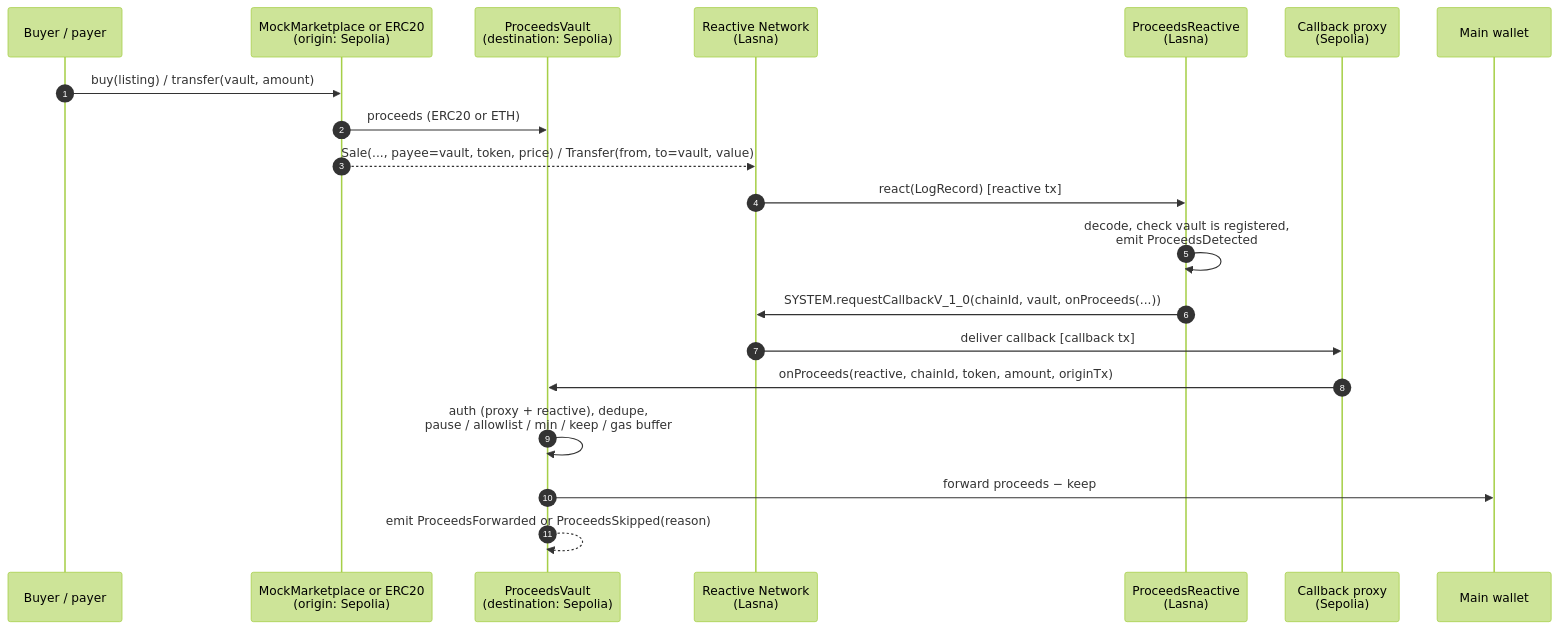
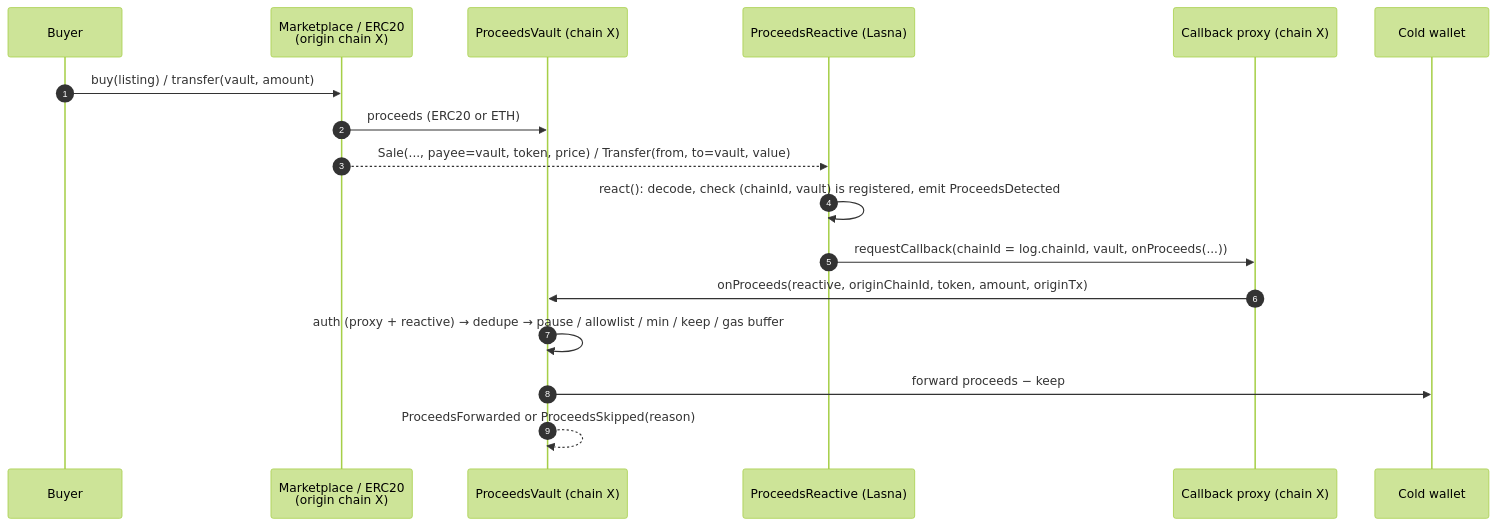
One commit to gmlokie/proceeds-auto-forward changed the second of 2 diagrams in README.md. Above: the diagram before and after it, drawn with Mermaid (forest theme). The commit also changed other lines of this file and 22 other files, not shown here.

Commit message:
Second destination chain: Base Sepolia vault on the same reactive contract, 3 live loops, latency table, multichain + admin tests (39, 100% core line coverage), judge-ready README

````diff
--- a/README.md
+++ b/README.md
@@ -21,23 +56,20 @@
 ```mermaid
 sequenceDiagram
     autonumber
-    participant B as Buyer / payer
-    participant M as MockMarketplace or ERC20<br/>(origin: Sepolia)
-    participant V as ProceedsVault<br/>(destination: Sepolia)
-    participant RN as Reactive Network<br/>(Lasna)
-    participant R as ProceedsReactive<br/>(Lasna)
-    participant P as Callback proxy<br/>(Sepolia)
-    participant W as Main wallet
+    participant B as Buyer
+    participant M as Marketplace / ERC20<br/>(origin chain X)
+    participant V as ProceedsVault (chain X)
+    participant R as ProceedsReactive (Lasna)
+    participant P as Callback proxy (chain X)
+    participant W as Cold wallet
 
     B->>M: buy(listing) / transfer(vault, amount)
     M->>V: proceeds (ERC20 or ETH)
-    M-->>RN: Sale(..., payee=vault, token, price) / Transfer(from, to=vault, value)
-    RN->>R: react(LogRecord)  [reactive tx]
-    R->>R: decode, check vault is registered,<br/>emit ProceedsDetected
-    R->>RN: SYSTEM.requestCallbackV_1_0(chainId, vault, onProceeds(...))
-    RN->>P: deliver callback  [callback tx]
-    P->>V: onProceeds(reactive, chainId, token, amount, originTx)
-    V->>V: auth (proxy + reactive), dedupe,<br/>pause / allowlist / min / keep / gas buffer
+    M-->>R: Sale(..., payee=vault, token, price) / Transfer(from, to=vault, value)
+    R->>R: react(): decode, check (chainId, vault) is registered, emit ProceedsDetected
+    R->>P: requestCallback(chainId = log.chainId, vault, onProceeds(...))
+    P->>V: onProceeds(reactive, originChainId, token, amount, originTx)
+    V->>V: auth (proxy + reactive) → dedupe → pause / allowlist / min / keep / gas buffer
     V->>W: forward proceeds − keep
-    V-->>V: emit ProceedsForwarded or ProceedsSkipped(reason)
+    V-->>V: ProceedsForwarded or ProceedsSkipped(reason)
 ```
````
